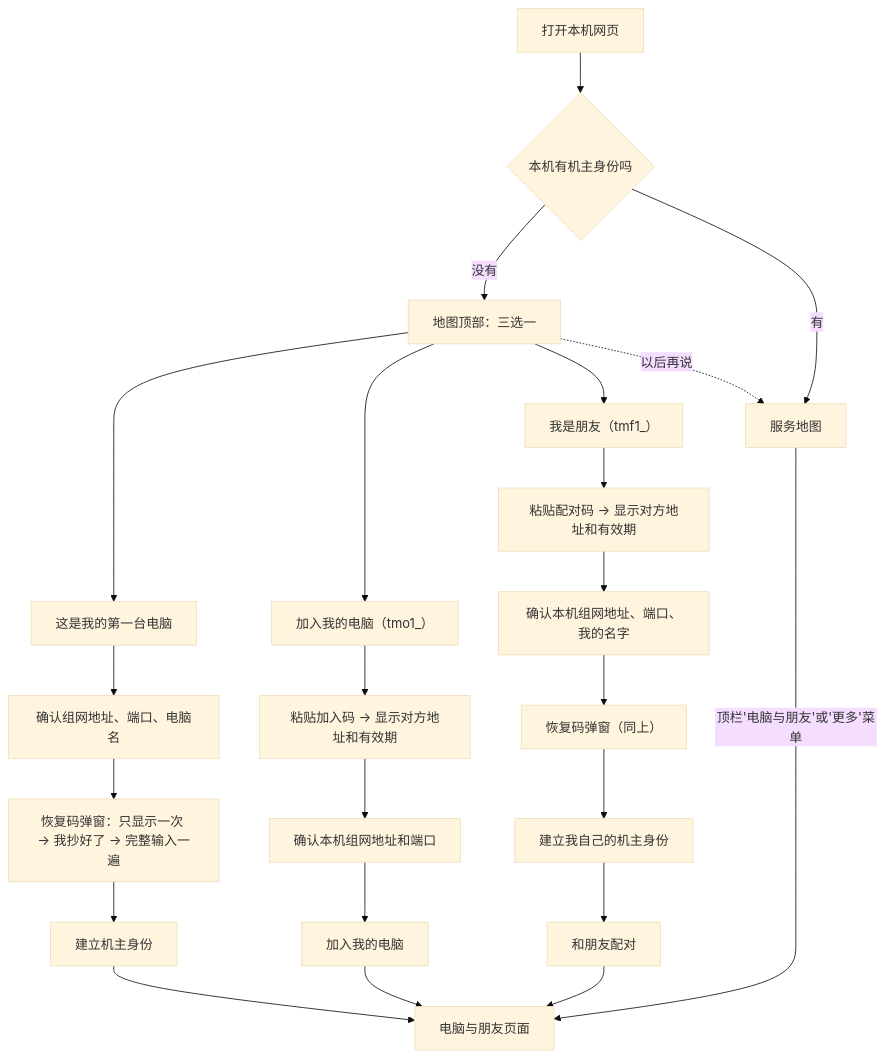
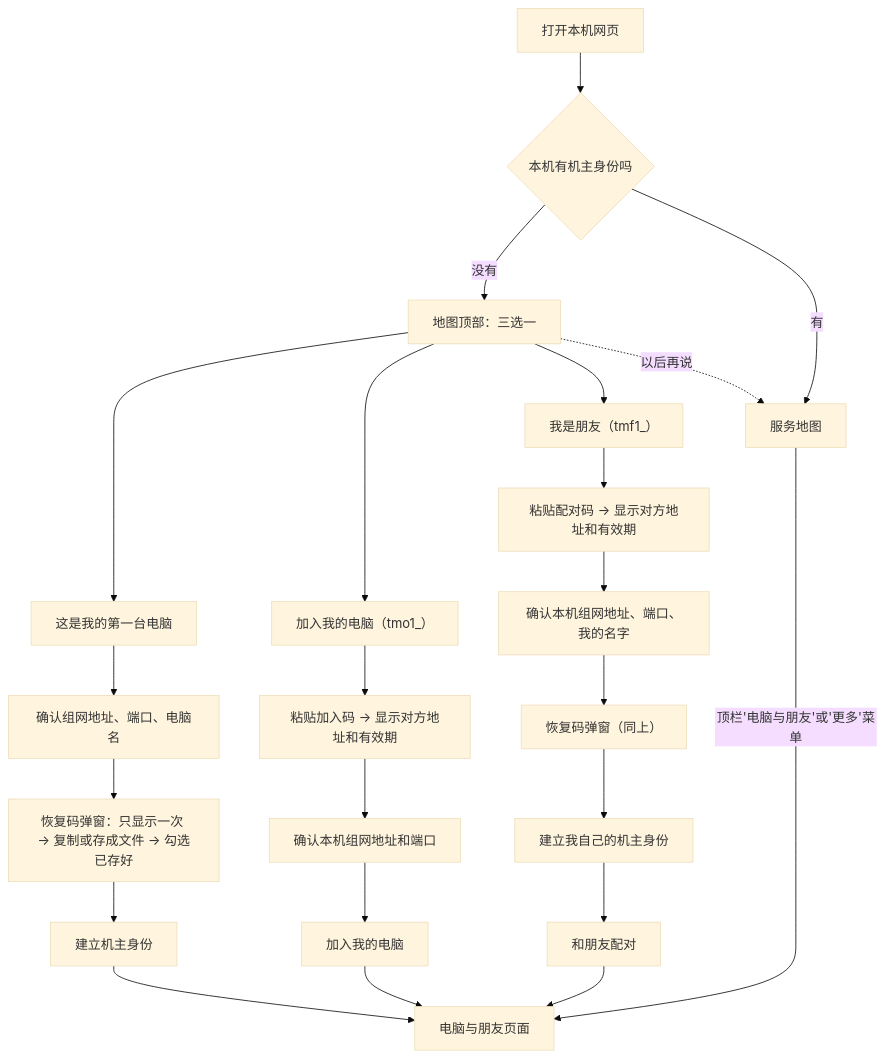
The first of 2 diagrams in docs/design/web-onboarding.md (Sugarfarmeriod/TunnelMinion), drawn with Mermaid (base theme) before and after one commit. The commit also changed other lines of this file and 7 other files, not shown here.

````diff
--- a/docs/design/web-onboarding.md
+++ b/docs/design/web-onboarding.md
@@ -39,25 +39,25 @@
 ```mermaid
 flowchart TB
     OPEN["打开本机网页"] --> Q{"本机有机主身份吗"}
     Q -- "没有" --> W["地图顶部：三选一"]
     Q -- "有" --> MAP["服务地图"]
     W --> F1["这是我的第一台电脑"]
     W --> F2["加入我的电脑（tmo1_）"]
     W --> F3["我是朋友（tmf1_）"]
     W -. "以后再说" .-> MAP
     F1 --> ADDR1["确认组网地址、端口、电脑名"]
-    ADDR1 --> RC["恢复码弹窗：只显示一次 → 我抄好了 → 完整输入一遍"]
+    ADDR1 --> RC["恢复码弹窗：只显示一次 → 复制或存成文件 → 勾选已存好"]
     RC --> DONE1["建立机主身份"]
     F2 --> P2["粘贴加入码 → 显示对方地址和有效期"]
     P2 --> ADDR2["确认本机组网地址和端口"]
     ADDR2 --> DONE2["加入我的电脑"]
     F3 --> P3["粘贴配对码 → 显示对方地址和有效期"]
     P3 --> ADDR3["确认本机组网地址、端口、我的名字"]
     ADDR3 --> RC3["恢复码弹窗（同上）"]
     RC3 --> INIT3["建立我自己的机主身份"]
     INIT3 --> DONE3["和朋友配对"]
     DONE1 --> PAGE["电脑与朋友页面"]
     DONE2 --> PAGE
     DONE3 --> PAGE
     MAP -- "顶栏'电脑与朋友'或'更多'菜单" --> PAGE
 ```
````
